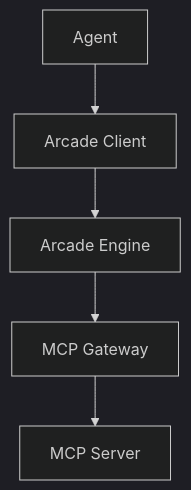
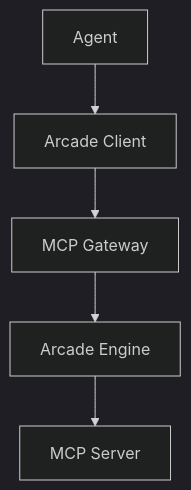
Before and after one commit to ArcadeAI/docs: the fourth of 4 diagrams in app/en/home/glossary/page.mdx, drawn with Mermaid (dark theme). The commit also changed other lines of this file and 14 other files, not shown here.

````diff
--- a/app/en/home/glossary/page.mdx
+++ b/app/en/home/glossary/page.mdx
@@ -177,7 +177,7 @@
 ```mermaid
 graph TD
     A[Agent] --> B[Arcade Client]
-    B --> C[Arcade Engine]
-    C --> D[MCP Gateway]
+    B --> C[MCP Gateway]
+    C --> D[Arcade Engine]
     D --> E[MCP Server]
 ```
````
